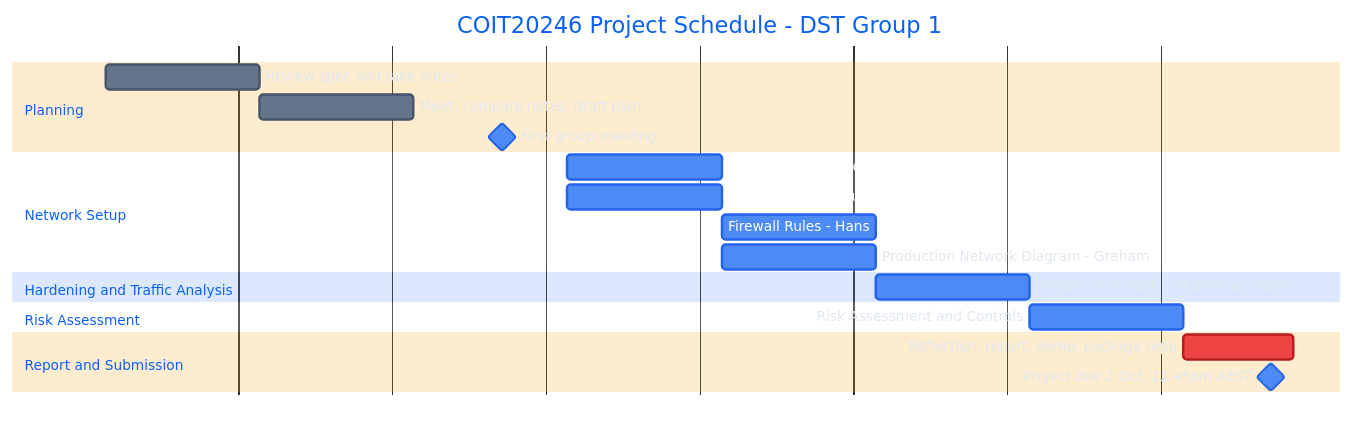
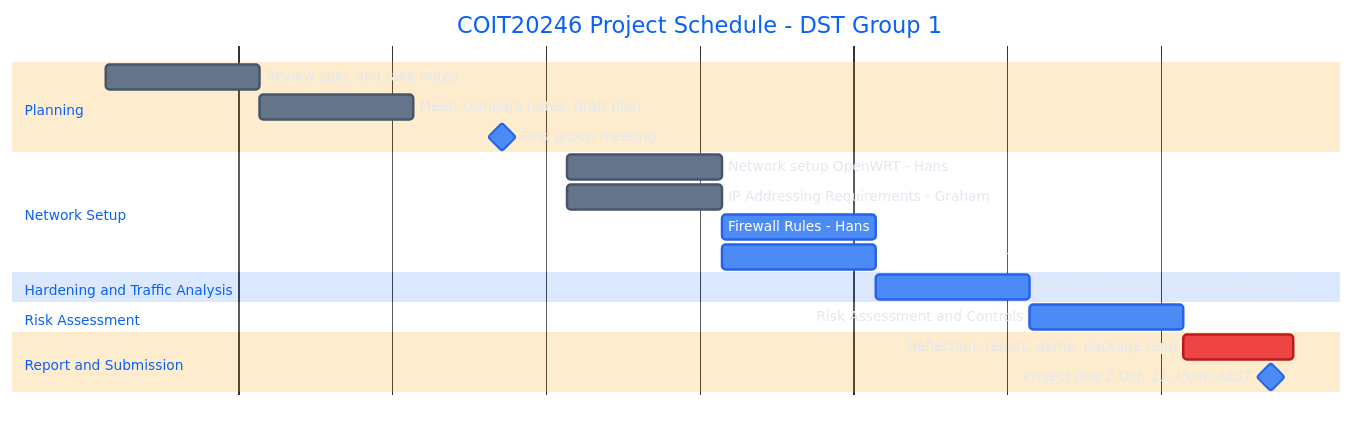
Before and after one commit to T22026-COIT20246-Project-30-MM/DST-Group-1: the diagram in plan.md, drawn with Mermaid.

Commit message:
Update network setup tasks to done status

````diff
--- a/plan.md
+++ b/plan.md
@@ -29,44 +29,44 @@
 ```mermaid
 %%{init: {'theme':'base', 'themeVariables': {
   'fontSize': '20px',
   'primaryColor': '#4C8BF5',
   'primaryTextColor': '#fff',
   'primaryBorderColor': '#2563eb',
   'lineColor': '#94a3b8',
   'secondaryColor': '#22c55e',
   'tertiaryColor': '#f59e0b',
   'doneTaskBkgColor': '#64748b',
   'doneTaskBorderColor': '#475569',
   'activeTaskBkgColor': '#4C8BF5',
   'activeTaskBorderColor': '#2563eb',
   'critBkgColor': '#ef4444',
   'critBorderColor': '#b91c1c',
   'taskTextColor': '#fff',
   'taskTextOutsideColor': '#e2e8f0'
 }}}%%
 gantt
     title COIT20246 Project Schedule - DST Group 1
     dateFormat  YYYY-MM-DD
     axisFormat  %b %d
 
     section Planning
     Review spec and take notes         :done, w5, 2026-08-10, 7d
     Meet, compare notes, draft plan    :done, w6, 2026-08-17, 7d
     First group meeting                :milestone, m1, 2026-08-28, 0d
 
     section Network Setup
-    Network setup OpenWRT - Hans            :active, w7a, 2026-08-31, 7d
-    IP Addressing Requirements - Graham     :active, w7b, 2026-08-31, 7d
-    Firewall Rules - Hans                   :w8a, after w7a, 7d
-    Production Network Diagram - Graham     :w8b, after w7b, 7d
+    Network setup OpenWRT - Hans            :done, w7a, 2026-08-31, 7d
+    IP Addressing Requirements - Graham     :done, w7b, 2026-08-31, 7d
+    Firewall Rules - Hans                   :active, w8a, after w7a, 7d
+    Production Network Diagram - Graham     :active, w8b, after w7b, 7d
 
     section Hardening and Traffic Analysis
     Harden OpenWRT and analyse traffic      :w9, 2026-09-14, 7d
 
     section Risk Assessment
     Risk Assessment and Controls            :w10, 2026-09-21, 7d
 
     section Report and Submission
     Reflection, report, demo, package repo  :crit, w11, 2026-09-28, 5d
     Project due 2 Oct, 11.45pm AEST         :milestone, due, 2026-10-02, 0d
 ```
````
